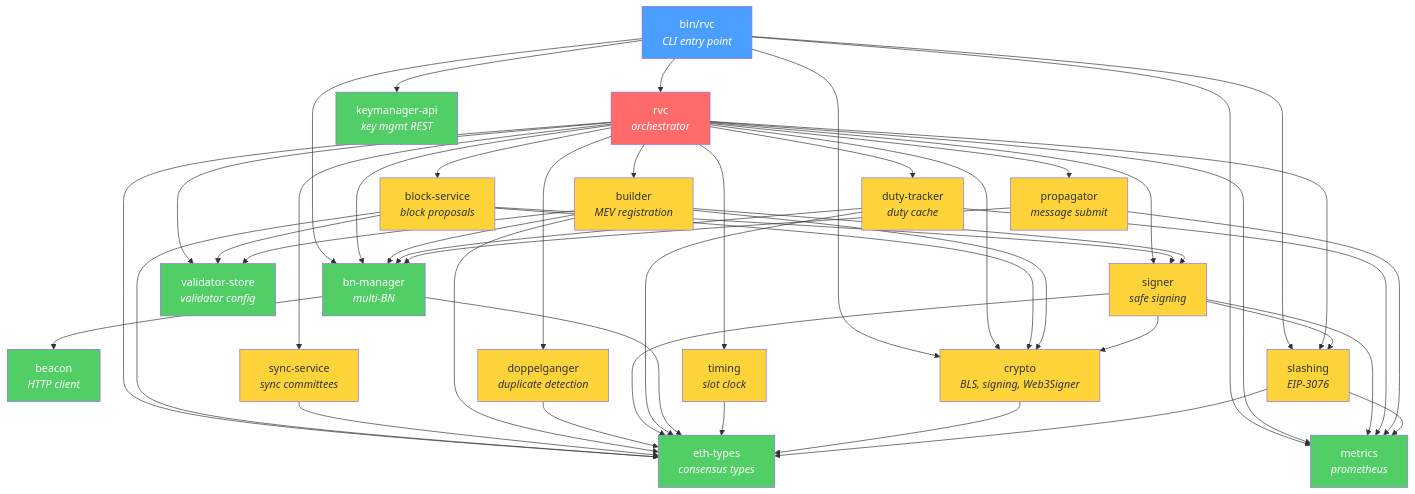
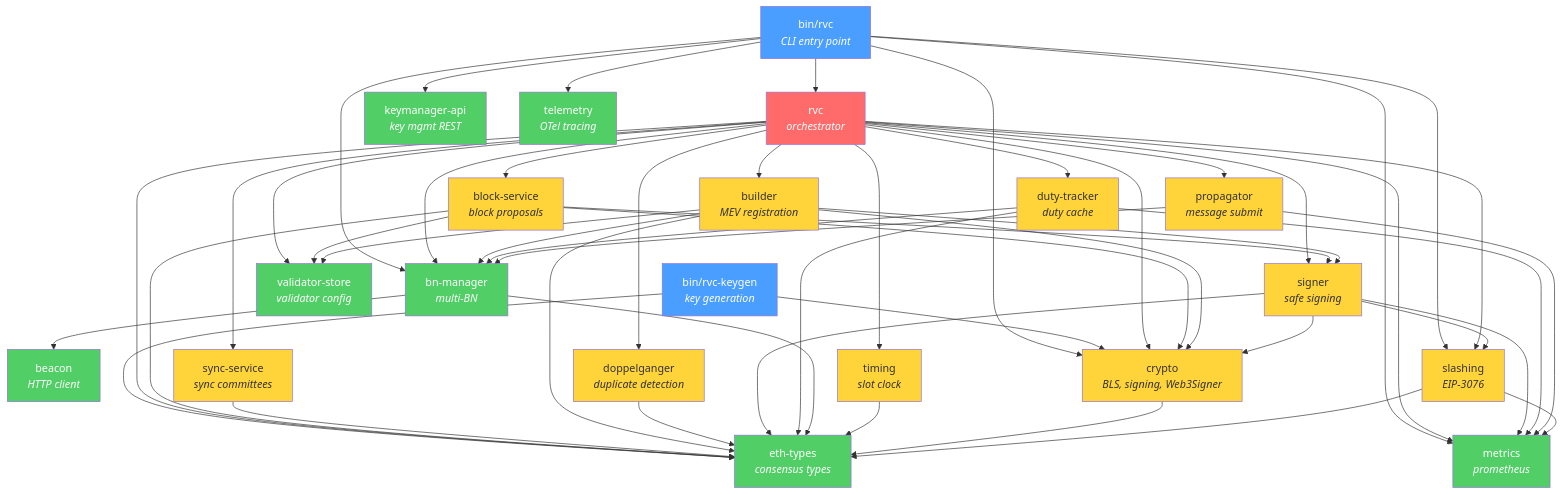
One commit to dsrvlabs/rvc changed the second of 8 diagrams in ARCHITECTURE.md. Above: the diagram before and after it, drawn with Mermaid. The commit also changed other lines of this file and 3 other files, not shown here.

First line of the commit message:
docs: update README, ARCHITECTURE, and running guide to reflect current state

````diff
--- a/ARCHITECTURE.md
+++ b/ARCHITECTURE.md
@@ -38,6 +43,7 @@
 ```mermaid
 graph TD
     BIN["bin/rvc<br/><i>CLI entry point</i>"]
+    KEYGEN["bin/rvc-keygen<br/><i>key generation</i>"]
     RVC["rvc<br/><i>orchestrator</i>"]
     BEACON["beacon<br/><i>HTTP client</i>"]
     BNM["bn-manager<br/><i>multi-BN</i>"]
@@ -55,6 +61,7 @@
     BUILD["builder<br/><i>MEV registration</i>"]
     VSTORE["validator-store<br/><i>validator config</i>"]
     KMA["keymanager-api<br/><i>key mgmt REST</i>"]
+    TEL["telemetry<br/><i>OTel tracing</i>"]
 
     BIN --> RVC
     BIN --> BNM
@@ -62,6 +69,10 @@
     BIN --> METRICS
     BIN --> KMA
     BIN --> SLASHING
+    BIN --> TEL
+
+    KEYGEN --> CRYPTO
+    KEYGEN --> ETH
 
     RVC --> SIGNER
     RVC --> DUTY
@@ -115,6 +126,7 @@
     SLASHING --> METRICS
 
     style BIN fill:#4a9eff,color:#fff
+    style KEYGEN fill:#4a9eff,color:#fff
     style RVC fill:#ff6b6b,color:#fff
     style ETH fill:#51cf66,color:#fff
     style METRICS fill:#51cf66,color:#fff
@@ -122,6 +134,7 @@
     style BNM fill:#51cf66,color:#fff
     style KMA fill:#51cf66,color:#fff
     style VSTORE fill:#51cf66,color:#fff
+    style TEL fill:#51cf66,color:#fff
     style SIGNER fill:#ffd43b,color:#333
     style CRYPTO fill:#ffd43b,color:#333
     style SLASHING fill:#ffd43b,color:#333
````
